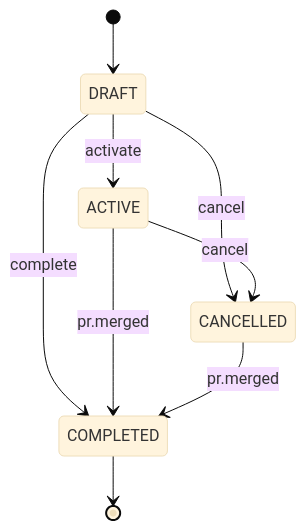
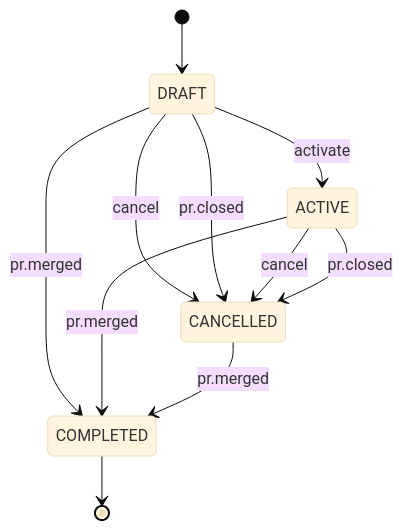
One commit to lalalic/agents-relay changed the diagram in workflow/job-lifecycle.mmd. Above: the diagram before and after it, drawn with Mermaid (base theme). The commit also changed 3 other files, not shown here.

Commit message:
Route lifecycle events through Mermaid graph engine

```diff
--- a/workflow/job-lifecycle.mmd
+++ b/workflow/job-lifecycle.mmd
@@ -1,13 +1,15 @@
 stateDiagram-v2
     [*] --> DRAFT
 
     DRAFT --> ACTIVE: activate
-    DRAFT --> COMPLETED: complete
+    DRAFT --> COMPLETED: pr.merged
     DRAFT --> CANCELLED: cancel
+    DRAFT --> CANCELLED: pr.closed
 
     ACTIVE --> COMPLETED: pr.merged
     ACTIVE --> CANCELLED: cancel
+    ACTIVE --> CANCELLED: pr.closed
 
     CANCELLED --> COMPLETED: pr.merged
 
     COMPLETED --> [*]
```
